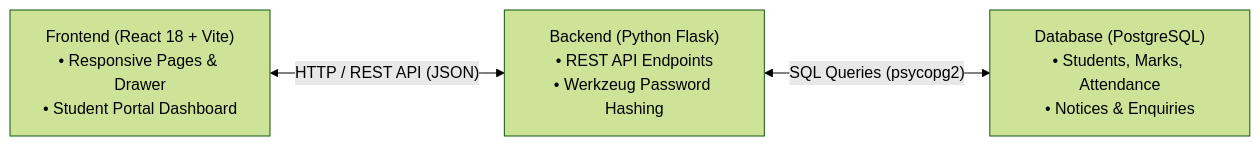
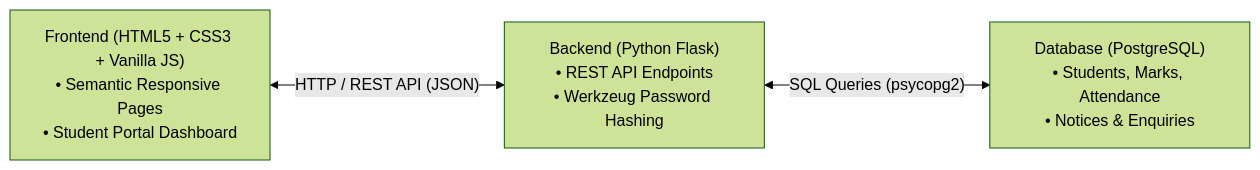
Before and after one commit to AyushSrivastava1818/WebDev-Project-1043-1048-: the first of 3 diagrams in README.md, drawn with Mermaid (forest theme). The commit also changed other lines of this file and 46 other files, not shown here.

First line of the commit message:
Optimize backend API endpoints, session resolution, and CORS configuration

````diff
--- a/README.md
+++ b/README.md
@@ -33,5 +33,5 @@
 ```mermaid
 flowchart LR
-    A["Frontend (React 18 + Vite)<br/>• Responsive Pages & Drawer<br/>• Student Portal Dashboard"] <--> |"HTTP / REST API (JSON)"| B["Backend (Python Flask)<br/>• REST API Endpoints<br/>• Werkzeug Password Hashing"]
+    A["Frontend (HTML5 + CSS3 + Vanilla JS)<br/>• Semantic Responsive Pages<br/>• Student Portal Dashboard"] <--> |"HTTP / REST API (JSON)"| B["Backend (Python Flask)<br/>• REST API Endpoints<br/>• Werkzeug Password Hashing"]
     B <--> |"SQL Queries (psycopg2)"| C["Database (PostgreSQL)<br/>• Students, Marks, Attendance<br/>• Notices & Enquiries"]
 ```
````
